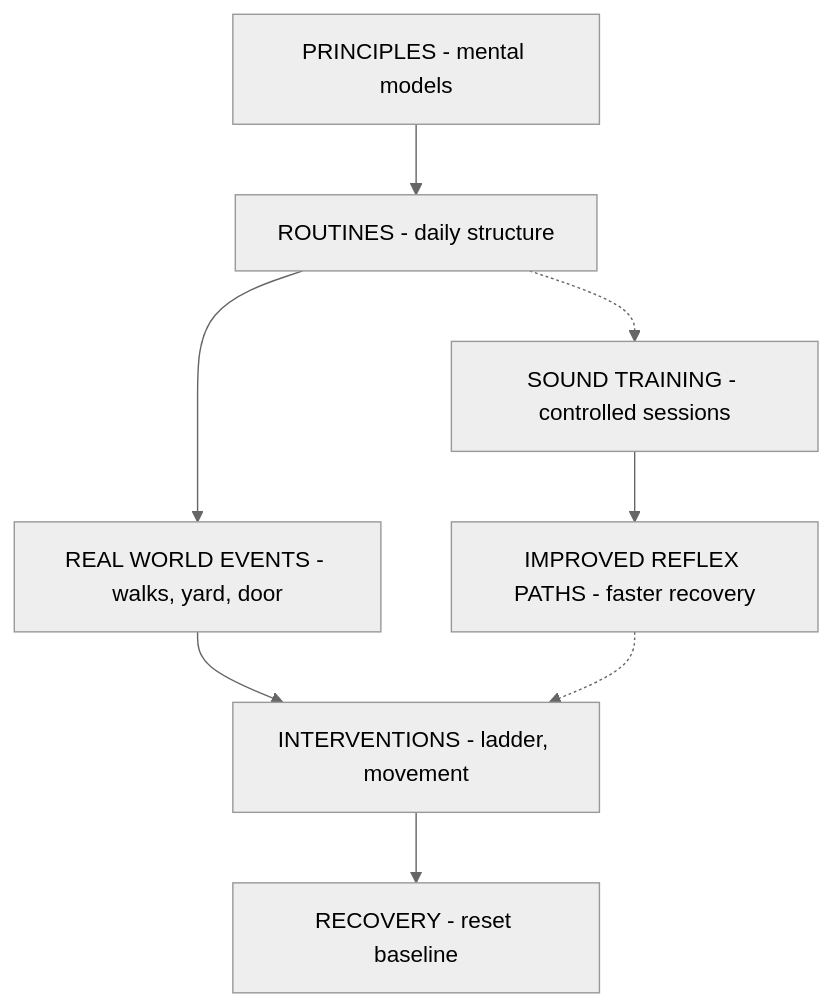
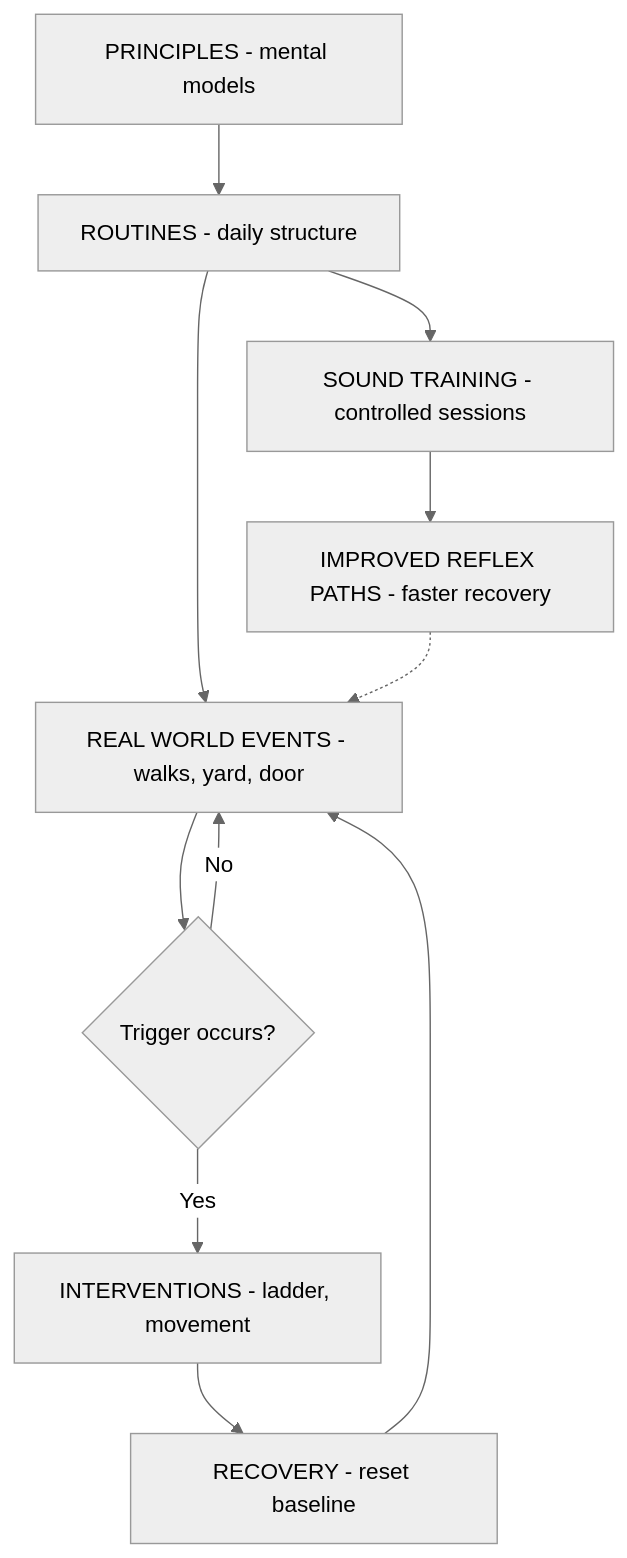
The diagram in system_flow_overview.md (manalotoj/Mako), drawn with Mermaid (neutral theme) before and after one commit.

Commit message:
Update system flow overview diagram with new paths

````diff
--- a/system_flow_overview.md
+++ b/system_flow_overview.md
@@ -1,24 +1,38 @@
 ```mermaid
 flowchart TD
-  %% Core execution spine
   P[PRINCIPLES - mental models]
   R[ROUTINES - daily structure]
+
+  ST[SOUND TRAINING - controlled sessions]
+  IR[IMPROVED REFLEX PATHS - faster recovery]
+
   RW[REAL WORLD EVENTS - walks, yard, door]
+  T{Trigger occurs?}
+
   INT[INTERVENTIONS - ladder, movement]
   REC[RECOVERY - reset baseline]
 
   P --> R
+
+  %% Routines include both sound training and real-world activities
+  R --> ST
   R --> RW
-  RW --> INT
+
+  %% Offline training improves reflexes
+  ST --> IR
+
+  %% Improved reflexes modify real-world events (fewer/less intense triggers)
+  IR -.-> RW
+
+  %% Real-world events conditionally require interventions
+  RW --> T
+  T -- Yes --> INT
+  T -- No --> RW
+
+  %% If intervention happens, recovery follows
   INT --> REC
 
-  %% Offline shaping (non-execution path)
-  ST[SOUND TRAINING - controlled sessions]
-  IR[IMPROVED REFLEX PATHS - faster recovery]
+  %% Recovery returns to real life / routines
+  REC --> RW
 
-  R -.-> ST
-  ST --> IR
-
-  %% Modifier relationship (not a flow step)
-  IR -.-> INT
 ```
````
